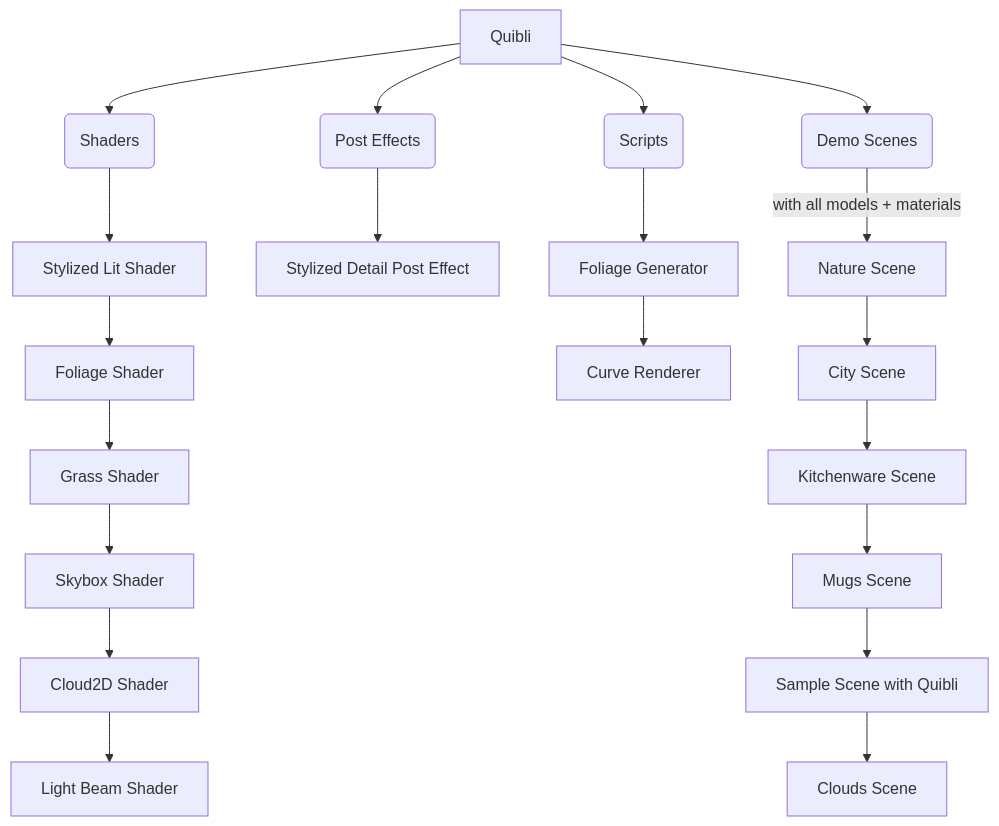
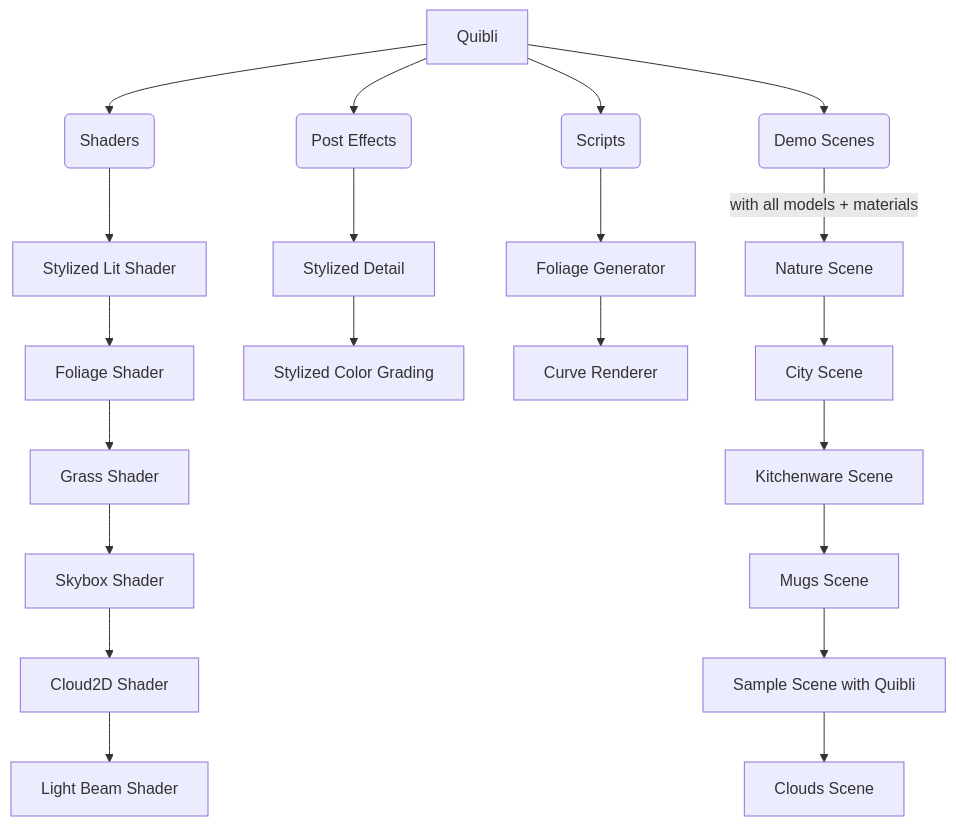
One commit to dustyroom-studio/quibli-doc changed the diagram in _docs/what-is-quibli-a-brief-overview.md. Above: the diagram before and after it, drawn with Mermaid. The commit also changed other lines of this file and 3 other files, not shown here.

```diff
--- a/_docs/what-is-quibli-a-brief-overview.md
+++ b/_docs/what-is-quibli-a-brief-overview.md
@@ -33,22 +33,23 @@
 <div class="mermaid">
 graph TD
 A[Quibli] --> B(Shaders)
 A --> C(Post Effects)
 A --> D(Scripts)
 A --> E(Demo Scenes)
 B --> G[Stylized Lit Shader]
 G --> H[Foliage Shader]
 H --> I[Grass Shader]
 I --> J[Skybox Shader]
 J --> K[Cloud2D Shader]
 K --> L[Light Beam Shader]
-C --> M[Stylized Detail Post Effect]
-D --> N[Foliage Generator]
-N --> O[Curve Renderer]
-E -->|with all models + materials| P[Nature Scene]
-P --> Q[City Scene]
-Q --> R[Kitchenware Scene]
-R --> S[Mugs Scene]
-S --> T[Sample Scene with Quibli]
-T --> U[Clouds Scene]
+C --> N[Stylized Detail]
+N --> O[Stylized Color Grading]
+D --> Q[Foliage Generator]
+Q --> R[Curve Renderer]
+E -->|with all models + materials| T[Nature Scene]
+T --> U[City Scene]
+U --> V[Kitchenware Scene]
+V --> W[Mugs Scene]
+W --> X[Sample Scene with Quibli]
+X --> Y[Clouds Scene]
 </div>
```
